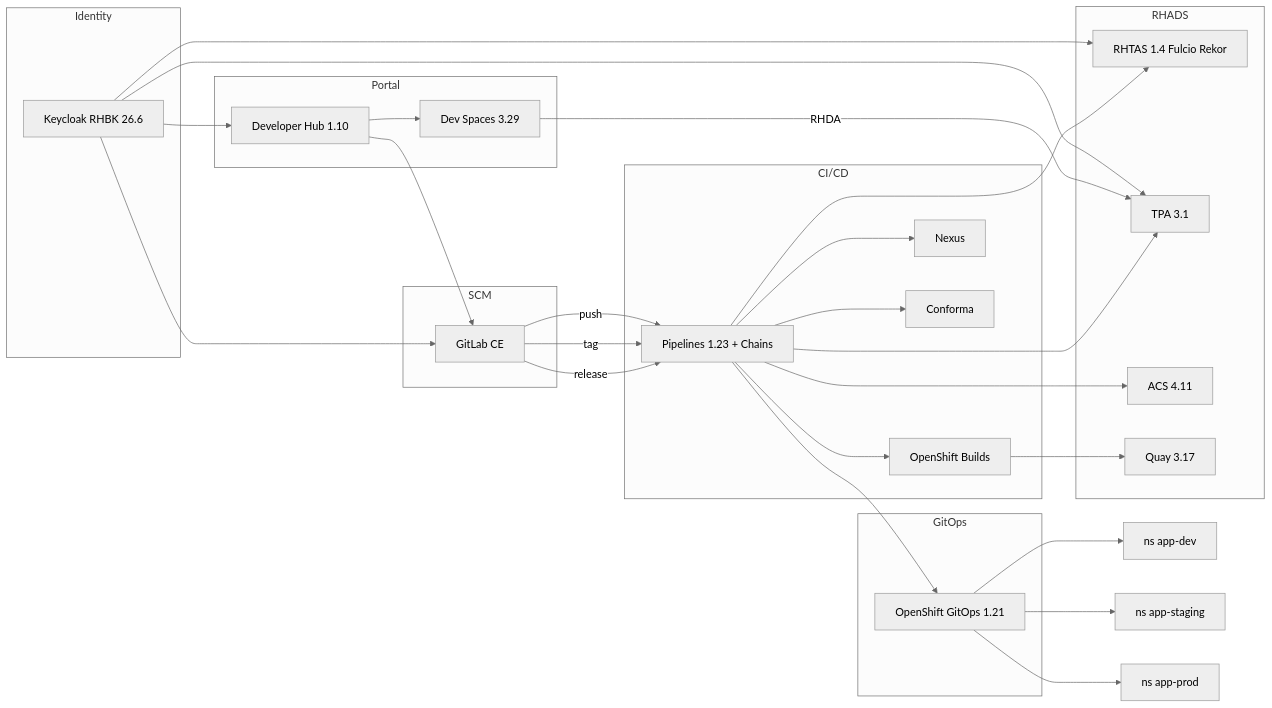
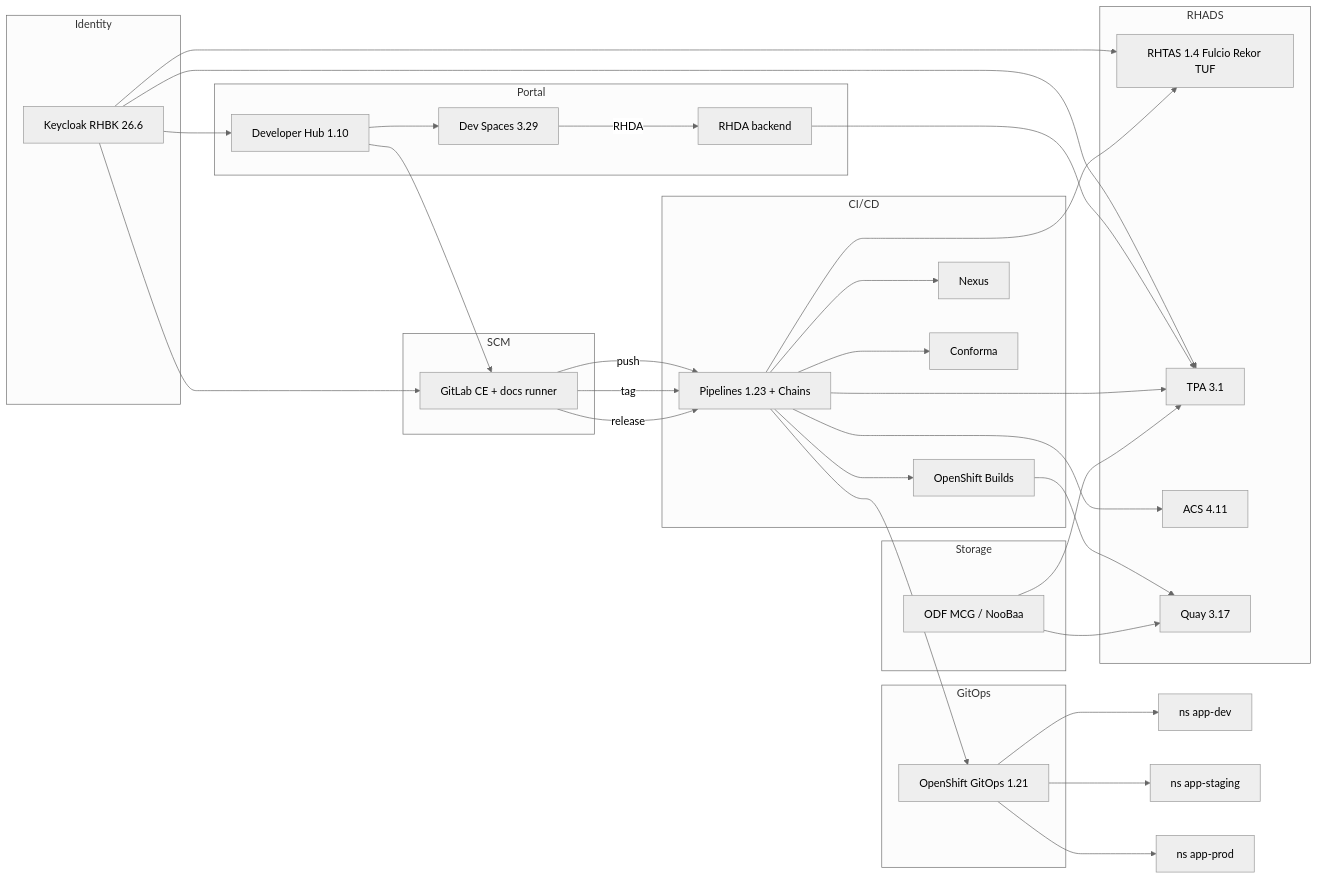
Before and after one commit to panchoraposo/demo-rhads: the second of 2 diagrams in docs/architecture.md, drawn with Mermaid (neutral theme). The commit also changed other lines of this file and 6 other files, not shown here.

````diff
--- a/docs/architecture.md
+++ b/docs/architecture.md
@@ -9,49 +31,56 @@
 ```mermaid
 flowchart LR
   subgraph idp [Identity]
     RHBK[Keycloak RHBK 26.6]
   end
   subgraph portal [Portal]
     RHDH[Developer Hub 1.10]
     DS[Dev Spaces 3.29]
+    RHDA[RHDA backend]
   end
   subgraph scm [SCM]
-    GL[GitLab CE]
+    GL[GitLab CE + docs runner]
   end
   subgraph gitops [GitOps]
     ACD[OpenShift GitOps 1.21]
   end
   subgraph cicd [CI/CD]
     PIPE[Pipelines 1.23 + Chains]
     BUILD[OpenShift Builds]
     NEXUS[Nexus]
     CONF[Conforma]
   end
+  subgraph storage [Storage]
+    ODF[ODF MCG / NooBaa]
+  end
   subgraph rhads [RHADS]
-    TAS[RHTAS 1.4 Fulcio Rekor]
+    TAS[RHTAS 1.4 Fulcio Rekor TUF]
     TPA[TPA 3.1]
     ACS[ACS 4.11]
     QUAY[Quay 3.17]
   end
   RHBK --> RHDH
   RHBK --> GL
   RHBK --> TAS
   RHBK --> TPA
   RHDH --> GL
   RHDH --> DS
-  DS -->|RHDA| TPA
+  DS -->|RHDA| RHDA
+  RHDA --> TPA
   GL -->|push| PIPE
   GL -->|tag| PIPE
   GL -->|release| PIPE
   PIPE --> BUILD
   BUILD --> QUAY
   PIPE --> NEXUS
   PIPE --> TAS
   PIPE --> TPA
   PIPE --> ACS
   PIPE --> CONF
   PIPE --> ACD
+  ODF --> QUAY
+  ODF --> TPA
   ACD --> DEV[ns app-dev]
   ACD --> STG[ns app-staging]
   ACD --> PRD[ns app-prod]
 ```
````
